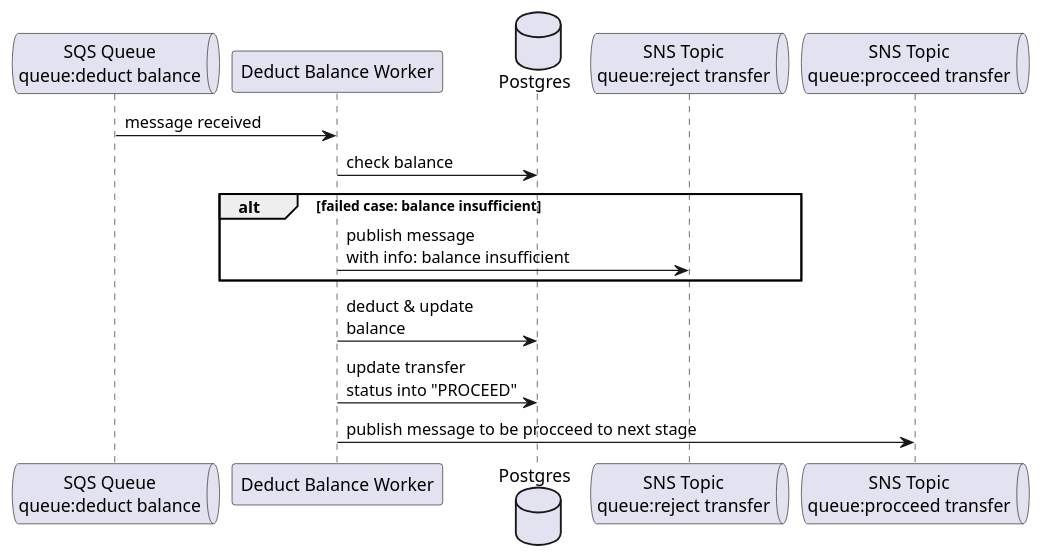
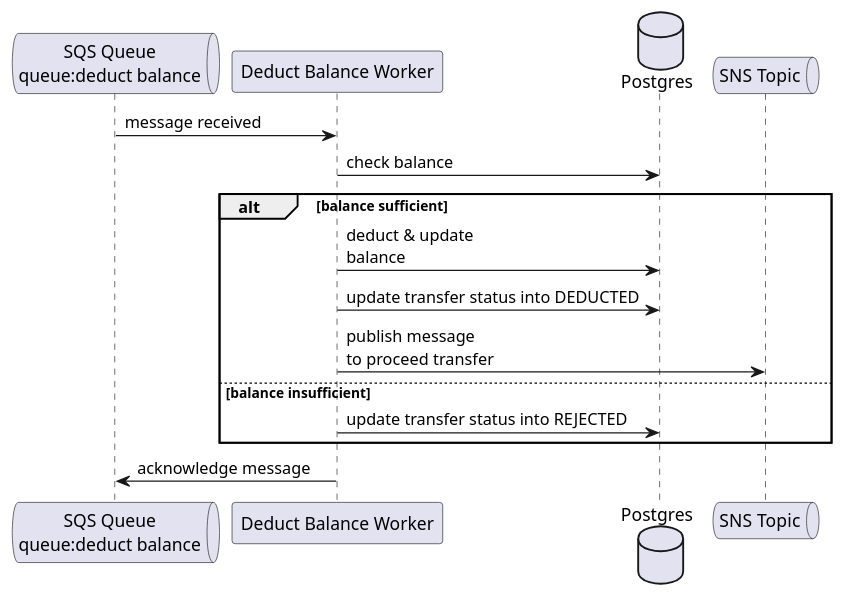
One commit to fahmyabida/brick-transfer changed the diagram in docs/plantuml/activity_deduct_balance.plantuml. Above: the diagram before and after it, drawn with PlantUML. The commit also changed 5 other files, not shown here.

Commit message:
chore: add plantuml documentation

```diff
--- a/docs/plantuml/activity_deduct_balance.plantuml
+++ b/docs/plantuml/activity_deduct_balance.plantuml
@@ -1,24 +1,27 @@
 @startuml
 queue       "SQS Queue\nqueue:deduct balance" as SQS
 participant "Deduct Balance Worker" as svc
 database    Postgres    as pg
-queue       "SNS Topic\nqueue:reject transfer" as SNSReject
-queue       "SNS Topic\nqueue:procceed transfer" as SNSProcceed
+queue       "SNS Topic" as SNS
 
 SQS -> svc: message received
 
 svc -> pg: check balance
 
-alt failed case: balance insufficient
+alt balance sufficient
+  
+  svc -> pg: deduct & update\nbalance
 
-  svc -> SNSReject: publish message\nwith info: balance insufficient
+  svc -> pg: update transfer status into DEDUCTED
+
+  svc -> SNS: publish message\nto proceed transfer
+
+else balance insufficient
+
+  svc -> pg: update transfer status into REJECTED
 
 end
 
-svc -> pg: deduct & update\nbalance
-
-svc -> pg: update transfer\nstatus into "PROCEED"
-
-svc -> SNSProcceed: publish message to be procceed to next stage
+svc -> SQS: acknowledge message
 
 @enduml
```
